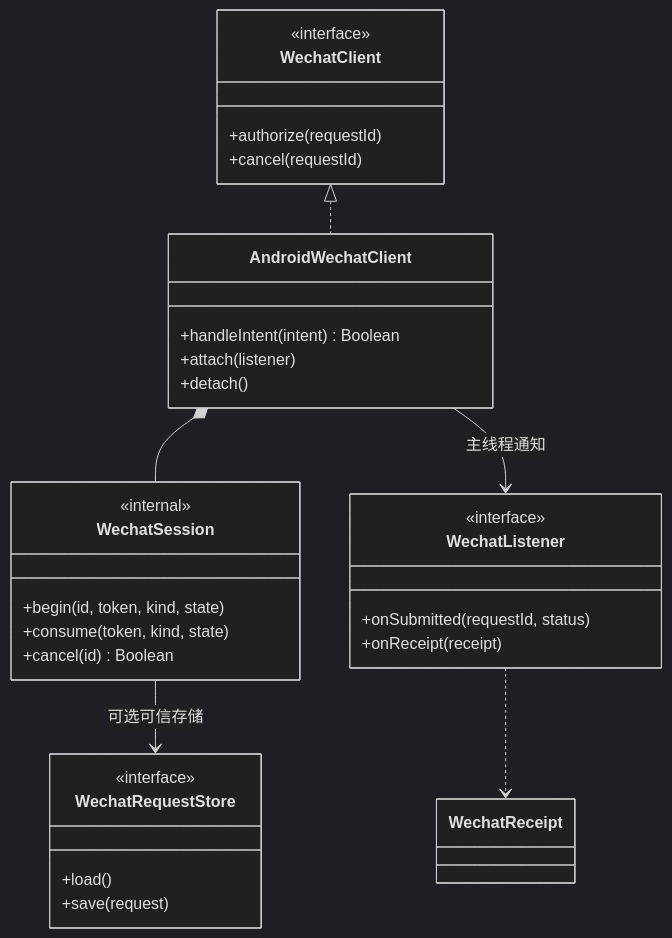
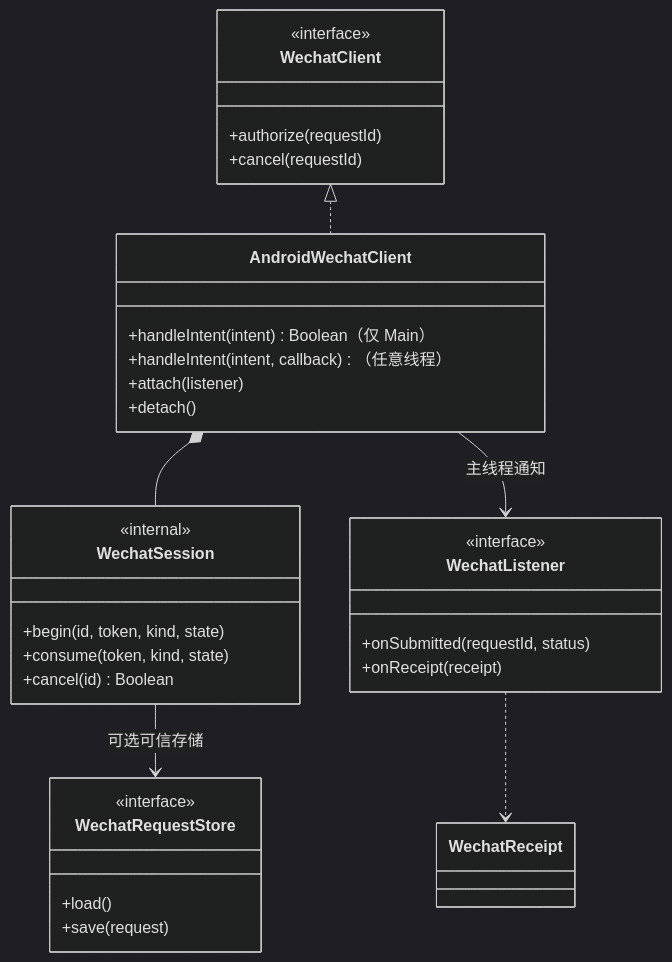
The third of 3 diagrams in README.md (gycrosskit/wechat), drawn with Mermaid (dark theme) before and after one commit. The commit also changed other lines of this file and 10 other files, not shown here.

````diff
--- a/README.md
+++ b/README.md
@@ -59,35 +62,36 @@
 ```mermaid
 classDiagram
     class WechatClient {
         <<interface>>
         +authorize(requestId)
         +cancel(requestId)
     }
     class AndroidWechatClient {
-        +handleIntent(intent) Boolean
+        +handleIntent(intent) Boolean（仅 Main）
+        +handleIntent(intent, callback)（任意线程）
         +attach(listener)
         +detach()
     }
     class WechatSession {
         <<internal>>
         +begin(id, token, kind, state)
         +consume(token, kind, state)
         +cancel(id) Boolean
     }
     class WechatRequestStore {
         <<interface>>
         +load()
         +save(request)
     }
     class WechatListener {
         <<interface>>
         +onSubmitted(requestId, status)
         +onReceipt(receipt)
     }
     class WechatReceipt
     WechatClient <|.. AndroidWechatClient
     AndroidWechatClient *-- WechatSession
     WechatSession --> WechatRequestStore : 可选可信存储
     AndroidWechatClient --> WechatListener : 主线程通知
     WechatListener ..> WechatReceipt
 ```
````
